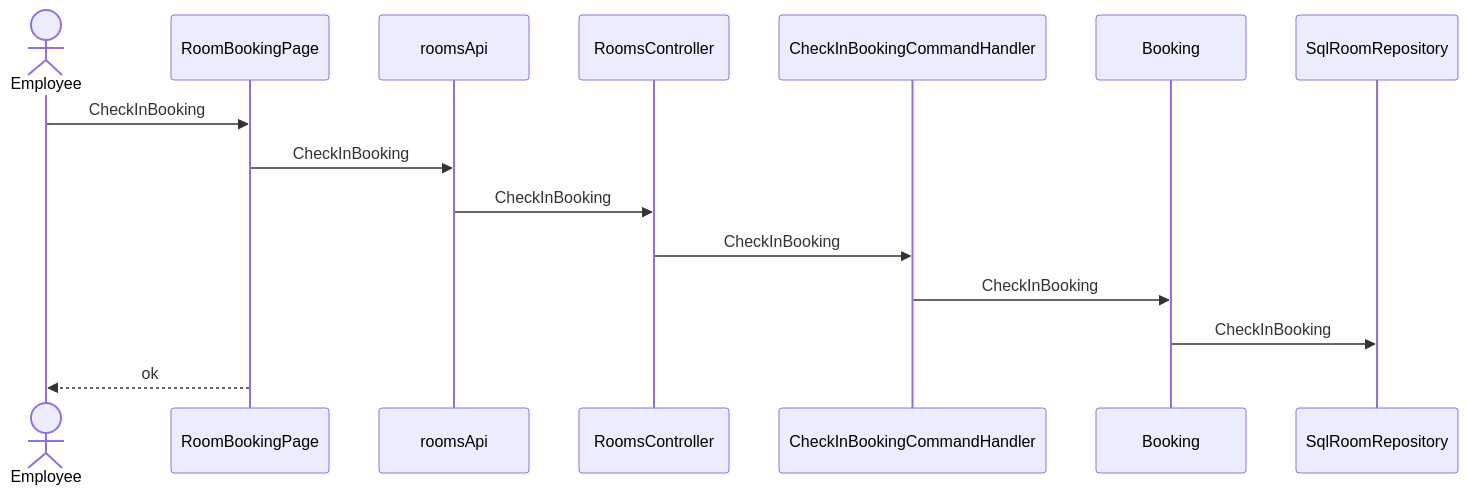
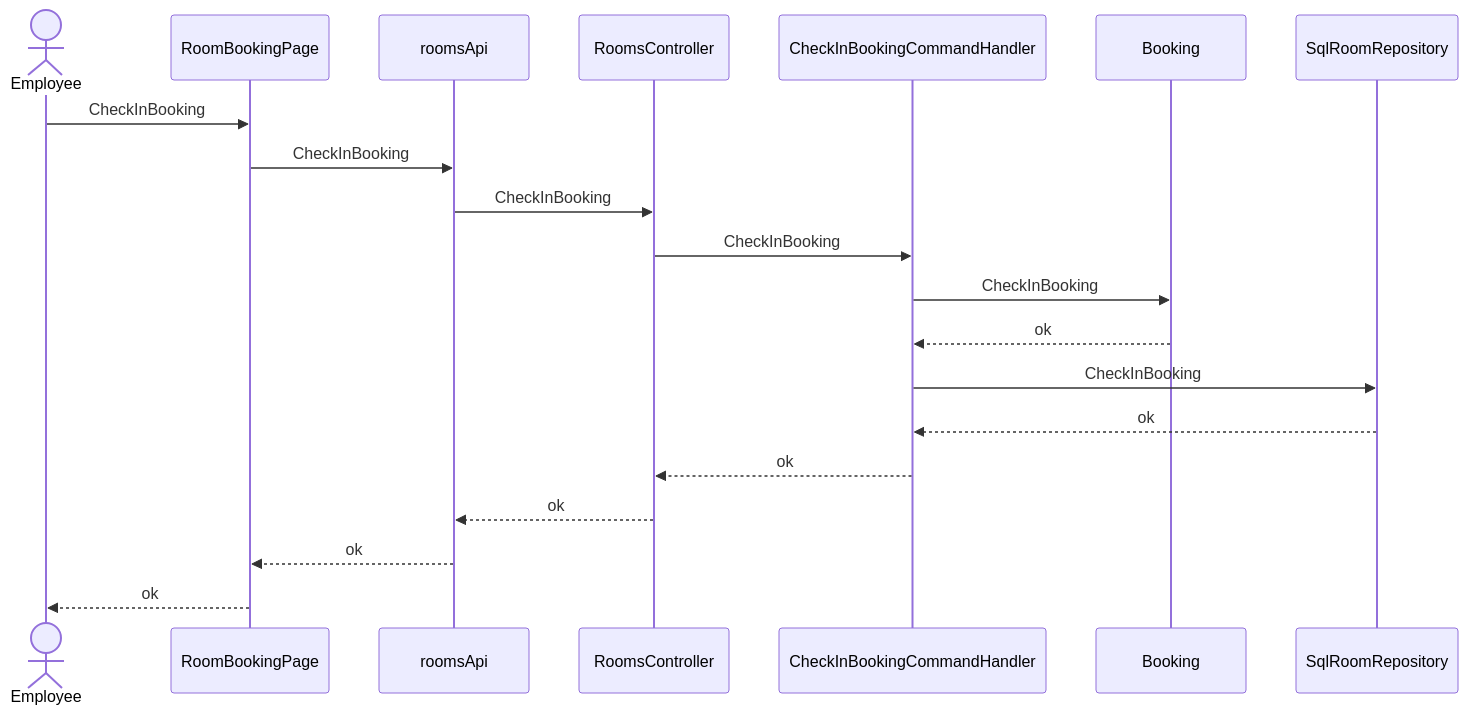
Before and after one commit to pin0513/AITools: the fifth of 6 diagrams in skills/spec-dev-process/examples/matrix/fs-back-en-s2/specs/rd/room-booking/spec/30-architecture-c4.md, drawn with Mermaid. The commit also changed other lines of this file and 257 other files, not shown here.

````diff
--- a/skills/spec-dev-process/examples/matrix/fs-back-en-s2/specs/rd/room-booking/spec/30-architecture-c4.md
+++ b/skills/spec-dev-process/examples/matrix/fs-back-en-s2/specs/rd/room-booking/spec/30-architecture-c4.md
@@ -131,17 +137,22 @@
 ```mermaid
 sequenceDiagram
   actor U as Employee
   participant CMP001 as RoomBookingPage
   participant CMP002 as roomsApi
   participant CMP003 as RoomsController
   participant CMP005 as CheckInBookingCommandHandler
   participant CMP008 as Booking
   participant CMP009 as SqlRoomRepository
   U->>CMP001: CheckInBooking
   CMP001->>CMP002: CheckInBooking
   CMP002->>CMP003: CheckInBooking
   CMP003->>CMP005: CheckInBooking
   CMP005->>CMP008: CheckInBooking
-  CMP008->>CMP009: CheckInBooking
+  CMP008-->>CMP005: ok
+  CMP005->>CMP009: CheckInBooking
+  CMP009-->>CMP005: ok
+  CMP005-->>CMP003: ok
+  CMP003-->>CMP002: ok
+  CMP002-->>CMP001: ok
   CMP001-->>U: ok
 ```
````
